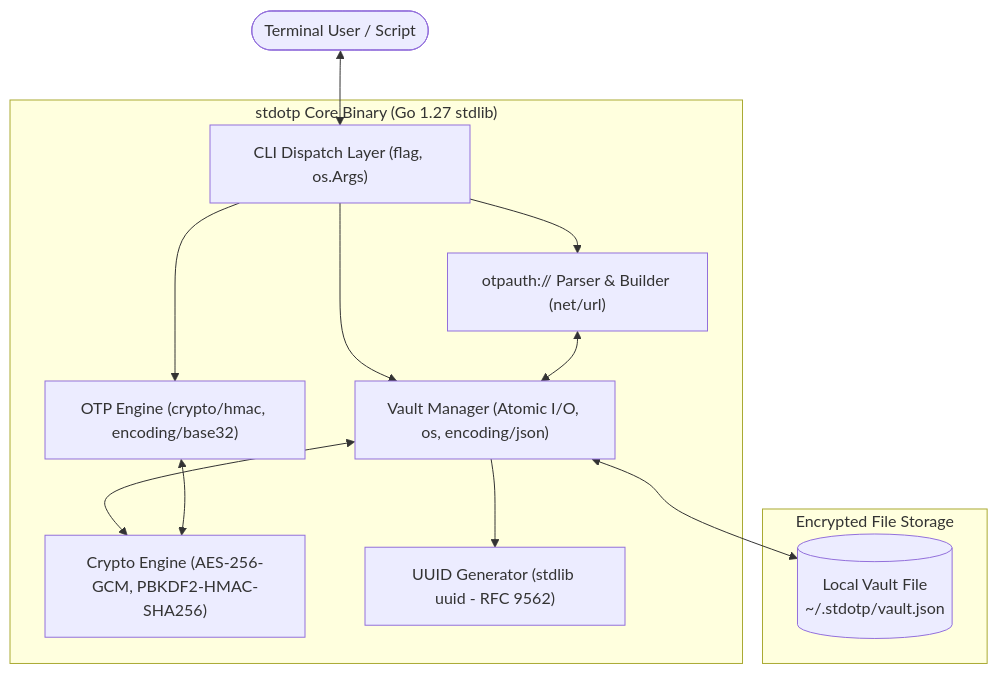
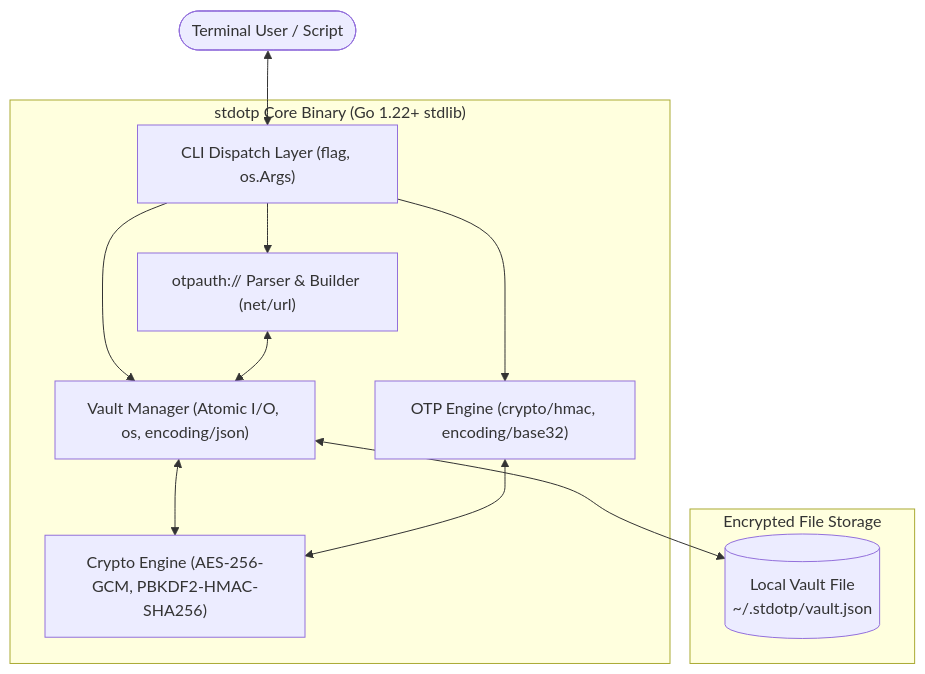
One commit to moin08s/stdotp changed the first of 4 diagrams in README.md. Above: the diagram before and after it, drawn with Mermaid. The commit also changed other lines of this file and 4 other files, not shown here.

````diff
--- a/README.md
+++ b/README.md
@@ -123,19 +122,18 @@
 ```mermaid
 graph TD
     User([Terminal User / Script]) <--> CLI["CLI Dispatch Layer (flag, os.Args)"]
 
-    subgraph Core["stdotp Core Binary (Go 1.27 stdlib)"]
+    subgraph Core["stdotp Core Binary (Go 1.22+ stdlib)"]
         CLI --> Parser["otpauth:// Parser & Builder (net/url)"]
         CLI --> VaultMgr["Vault Manager (Atomic I/O, os, encoding/json)"]
         CLI --> OTPGen["OTP Engine (crypto/hmac, encoding/base32)"]
 
         Parser <--> VaultMgr
         VaultMgr <--> Crypto["Crypto Engine (AES-256-GCM, PBKDF2-HMAC-SHA256)"]
         OTPGen <--> Crypto
-        VaultMgr --> UUIDGen["UUID Generator (stdlib uuid - RFC 9562)"]
     end
 
     subgraph Storage["Encrypted File Storage"]
         VaultMgr <--> VaultFile[("Local Vault File<br/>~/.stdotp/vault.json")]
     end
 ```
````
